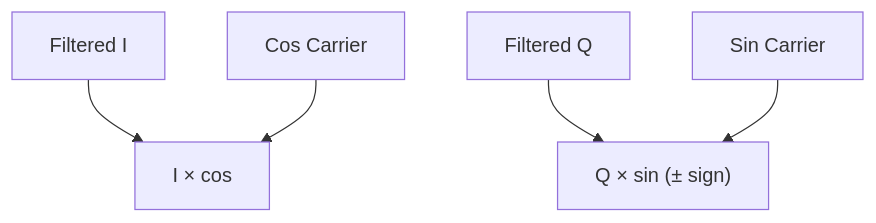
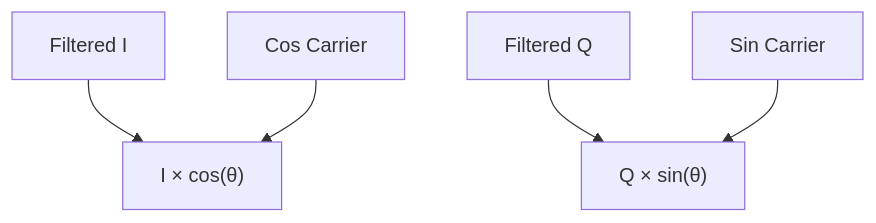
One commit to cupx0j0e/EchoCore changed the sixth of 7 diagrams in report.md. Above: the diagram before and after it, drawn with Mermaid. The commit also changed other lines of this file, not shown here.

````diff
--- a/report.md
+++ b/report.md
@@ -269,7 +387,7 @@
 ```mermaid
 flowchart TD
-    I["Filtered I"] --> M1["I × cos"]
-    Q["Filtered Q"] --> M2["Q × sin (± sign)"]
+    I["Filtered I"] --> M1["I × cos(θ)"]
+    Q["Filtered Q"] --> M2["Q × sin(θ)"]
     C1["Cos Carrier"] --> M1
     C2["Sin Carrier"] --> M2
 ```
````
